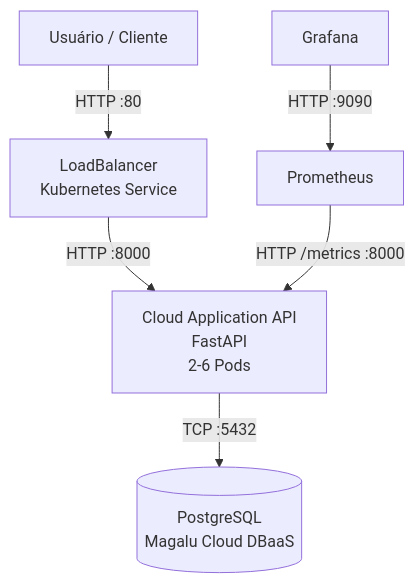
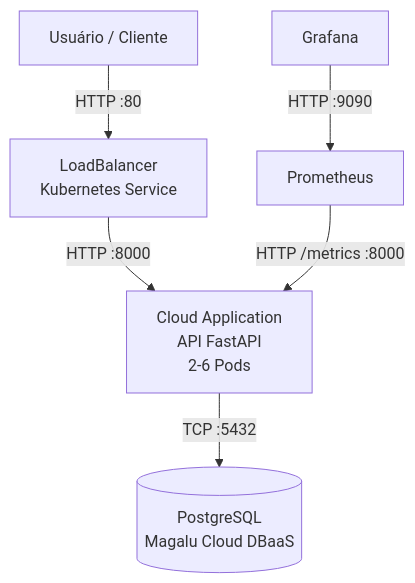
Before and after one commit to togtec/move-tech-cloud-application-comp-6: the diagram in docs/architecture.md, drawn with Mermaid. The commit also changed other lines of this file, not shown here.

Commit message:
fix: remove br tags from architecture diagram

````diff
--- a/docs/architecture.md
+++ b/docs/architecture.md
@@ -63,20 +63,24 @@
 ```mermaid
 graph TD
     User[Usuário / Cliente]
 
-    LB[LoadBalancer<br/>Kubernetes Service]
+    LB[LoadBalancer
+    Kubernetes Service]
 
-    App[Cloud Application API<br/>FastAPI<br/>2-6 Pods]
+    App[Cloud Application
+    API FastAPI 
+    2-6 Pods]
 
-    DB[(PostgreSQL<br/>Magalu Cloud DBaaS)]
+    DB[(PostgreSQL
+    Magalu Cloud DBaaS)]
 
     Prom[Prometheus]
 
     Graf[Grafana]
 
     User -->|HTTP :80| LB
     LB -->|HTTP :8000| App
     App -->|TCP :5432| DB
     Prom -->|HTTP /metrics :8000| App
     Graf -->|HTTP :9090| Prom 
 ```
````
